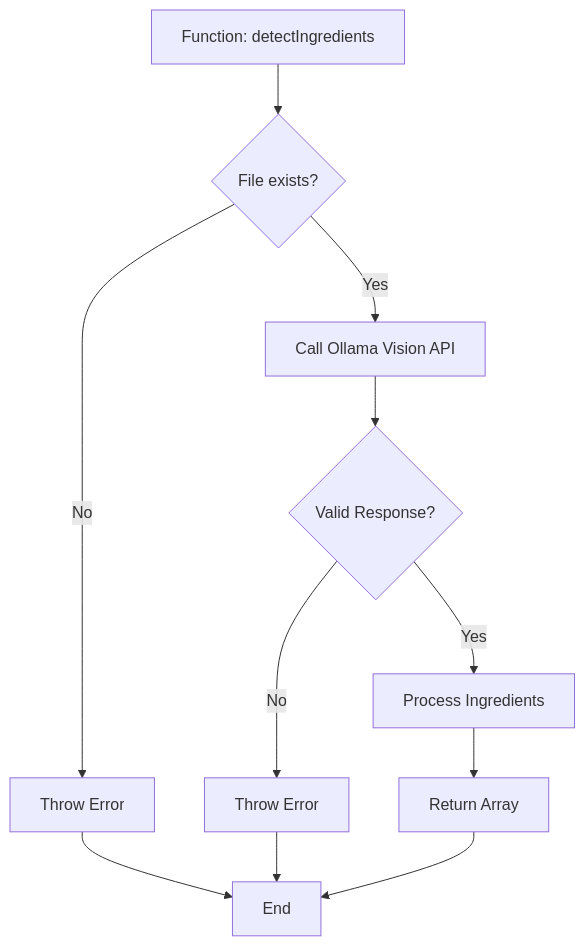
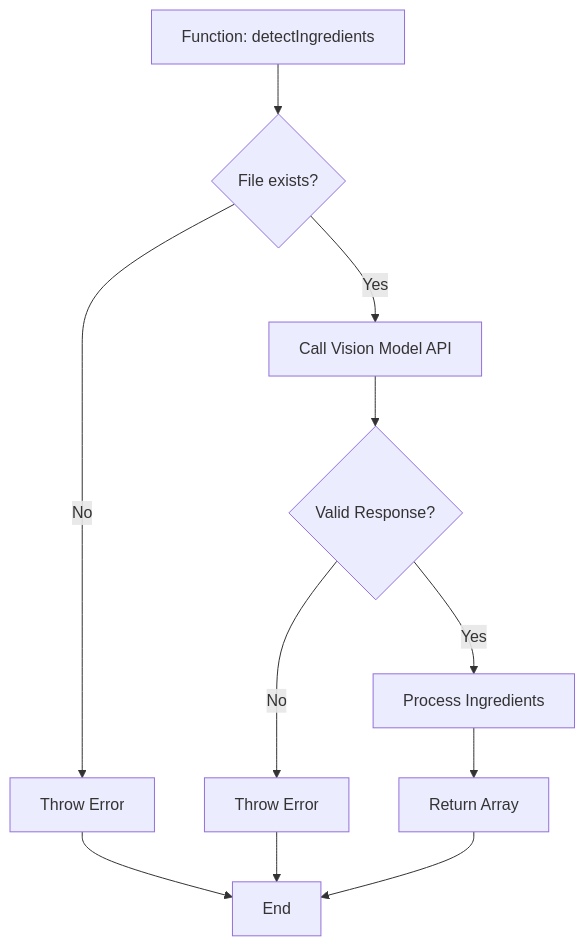
One commit to Feininon/Detect-N-Dine changed the first of 6 diagrams in dgdf.md. Above: the diagram before and after it, drawn with Mermaid. The commit also changed other lines of this file, not shown here.

````diff
--- a/dgdf.md
+++ b/dgdf.md
@@ -64,14 +64,14 @@
 ```mermaid
 flowchart TD
     A[Function: detectIngredients] --> B{File exists?}
     B -->|No| C[Throw Error]
-    B -->|Yes| D[Call Ollama Vision API]
+    B -->|Yes| D[Call Vision Model API]
     D --> E{Valid Response?}
     E -->|No| F[Throw Error]
     E -->|Yes| G[Process Ingredients]
     G --> H[Return Array]
     C --> Z[End]
     F --> Z
     H --> Z
 
 ```
````
